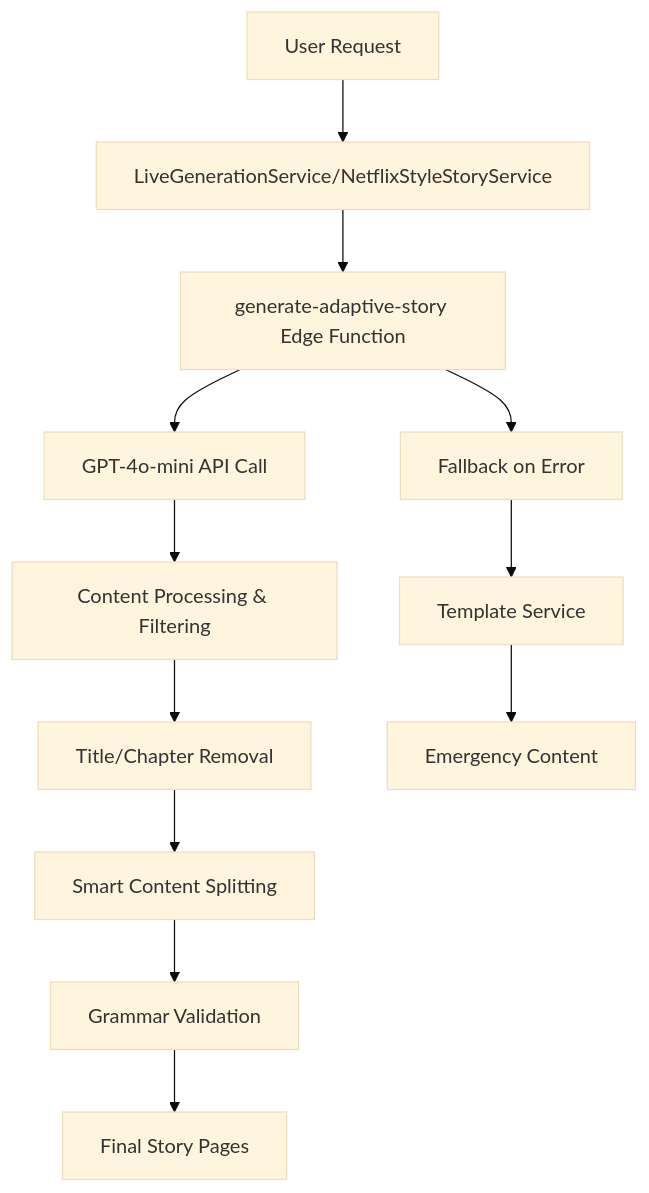
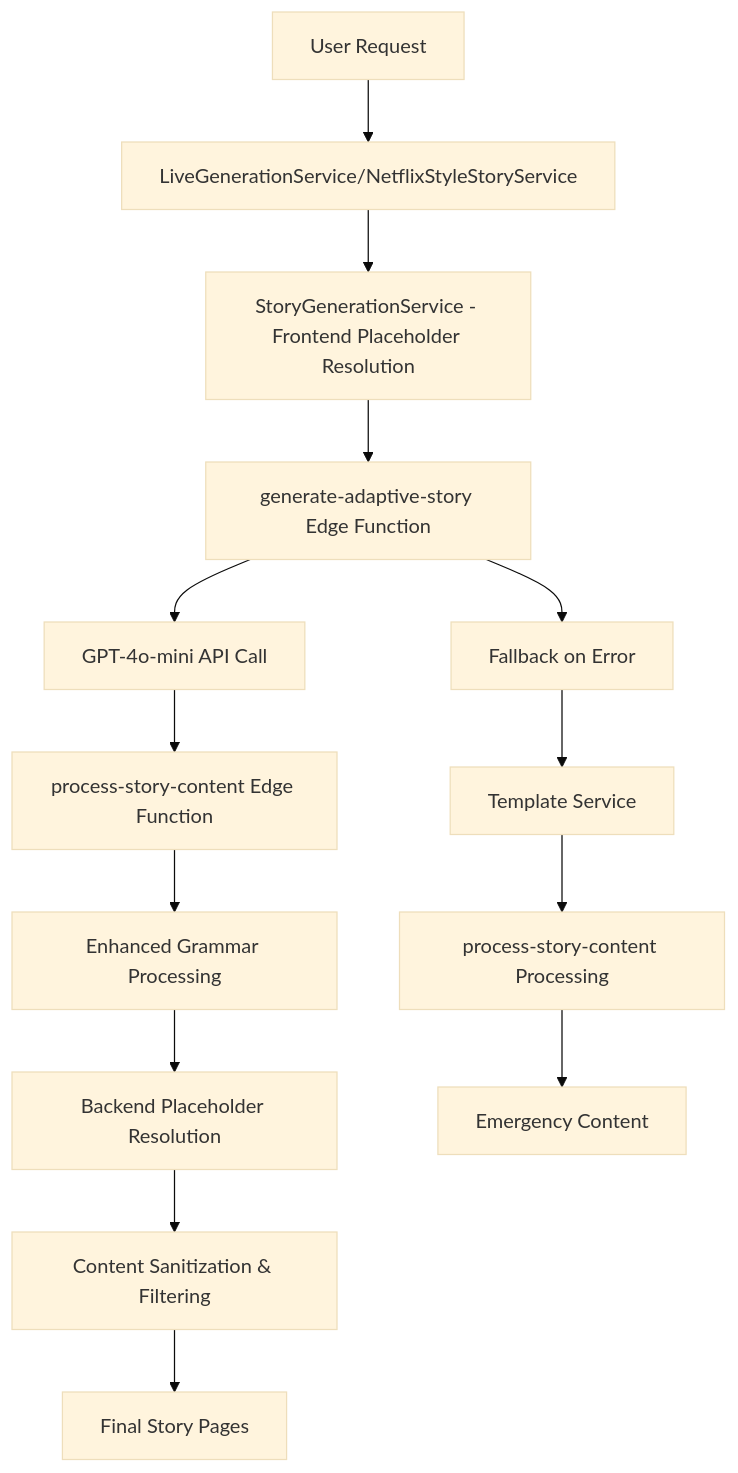
One commit to seq23/dailystory changed the first of 2 diagrams in docs/CURRENT_IMPLEMENTATION_GUIDE.md. Above: the diagram before and after it, drawn with Mermaid (base theme). The commit also changed other lines of this file and 2 other files, not shown here.

Commit message:
Update documentation for story generation

````diff
--- a/docs/CURRENT_IMPLEMENTATION_GUIDE.md
+++ b/docs/CURRENT_IMPLEMENTATION_GUIDE.md
@@ -108,15 +108,17 @@
 ```mermaid
 graph TD
     A[User Request] --> B[LiveGenerationService/NetflixStyleStoryService]
-    B --> C[generate-adaptive-story Edge Function]
-    C --> D[GPT-4o-mini API Call]
-    D --> E[Content Processing & Filtering]
-    E --> F[Title/Chapter Removal]
-    F --> G[Smart Content Splitting]
-    G --> H[Grammar Validation]
-    H --> I[Final Story Pages]
+    B --> C[StoryGenerationService - Frontend Placeholder Resolution]
+    C --> D[generate-adaptive-story Edge Function]
+    D --> E[GPT-4o-mini API Call]
+    E --> F[process-story-content Edge Function]
+    F --> G[Enhanced Grammar Processing]
+    G --> H[Backend Placeholder Resolution]
+    H --> I[Content Sanitization & Filtering]
+    I --> J[Final Story Pages]
     
-    C --> J[Fallback on Error]
-    J --> K[Template Service]
-    K --> L[Emergency Content]
+    D --> K[Fallback on Error]
+    K --> L[Template Service]
+    L --> M[process-story-content Processing]
+    M --> N[Emergency Content]
 ```
````
